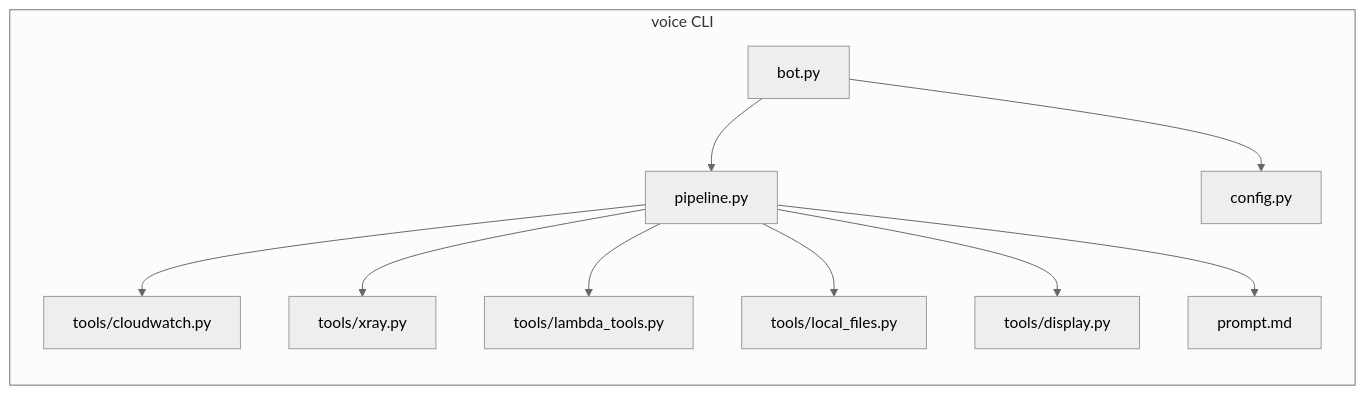
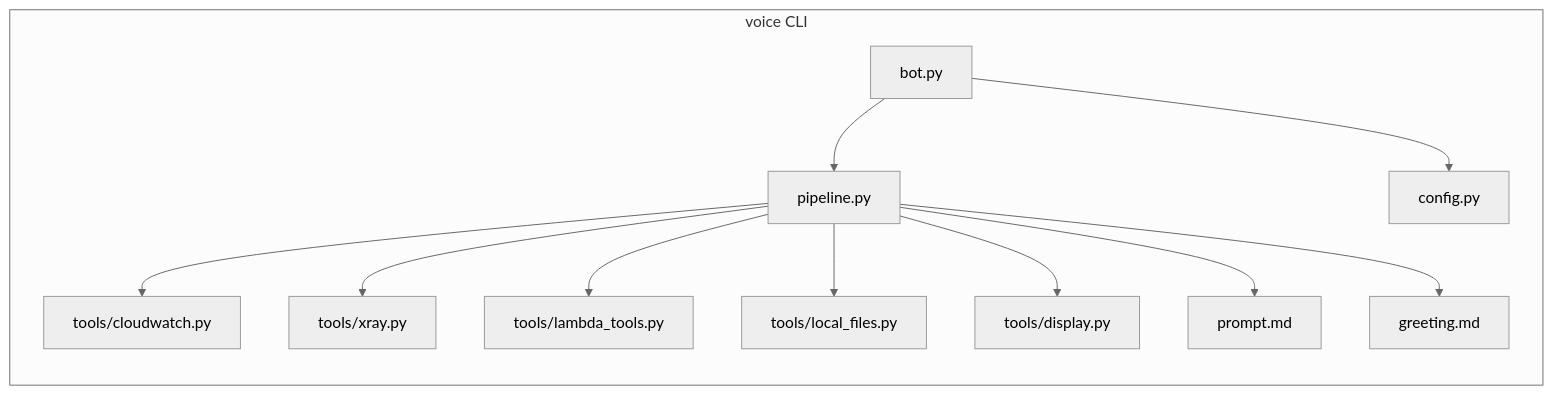
The third of 4 diagrams in ai-coding-assistants/voice-pair-debugger/architecture.md (archive-of-deleted-repositories/wirjo__sample-apj-sup-sa), drawn with Mermaid (neutral theme) before and after one commit. The commit also changed other lines of this file and 4 other files, not shown here.

````diff
--- a/ai-coding-assistants/voice-pair-debugger/architecture.md
+++ b/ai-coding-assistants/voice-pair-debugger/architecture.md
@@ -144,13 +134,14 @@
 ```mermaid
 graph LR
     subgraph voice CLI
         A[bot.py] --> B[pipeline.py]
         B --> C[tools/cloudwatch.py]
         B --> D[tools/xray.py]
         B --> E[tools/lambda_tools.py]
         B --> F[tools/local_files.py]
         B --> J[tools/display.py]
         A --> G[config.py]
         B --> I[prompt.md]
+        B --> K[greeting.md]
     end
 ```
````
